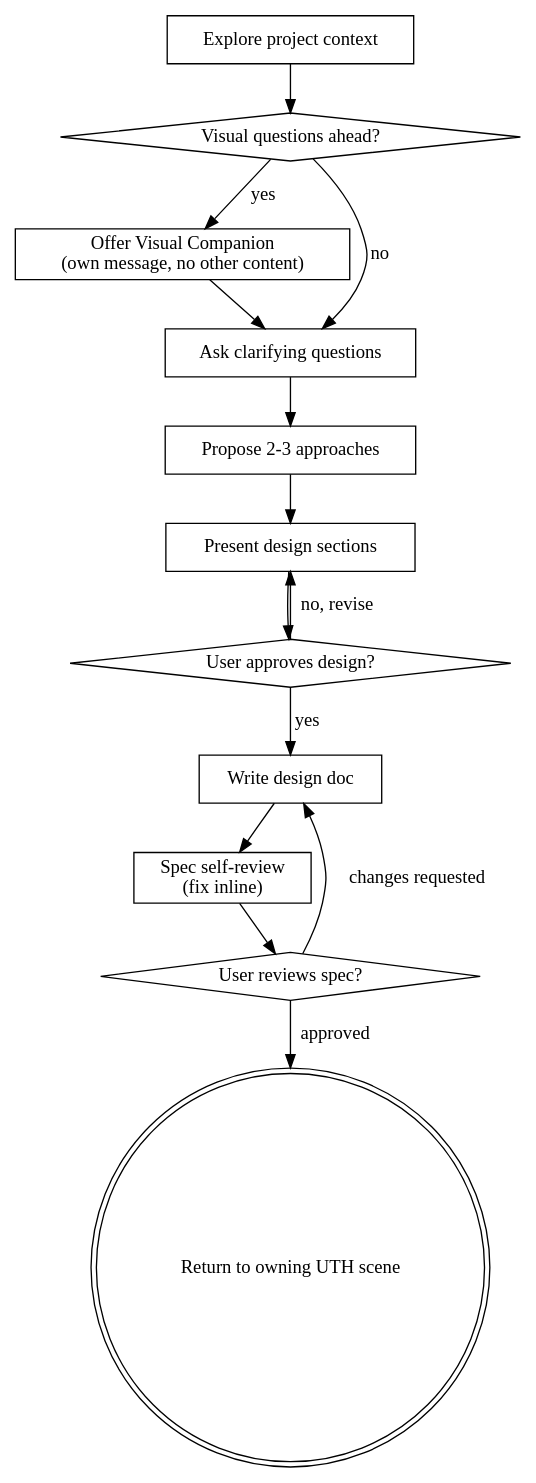
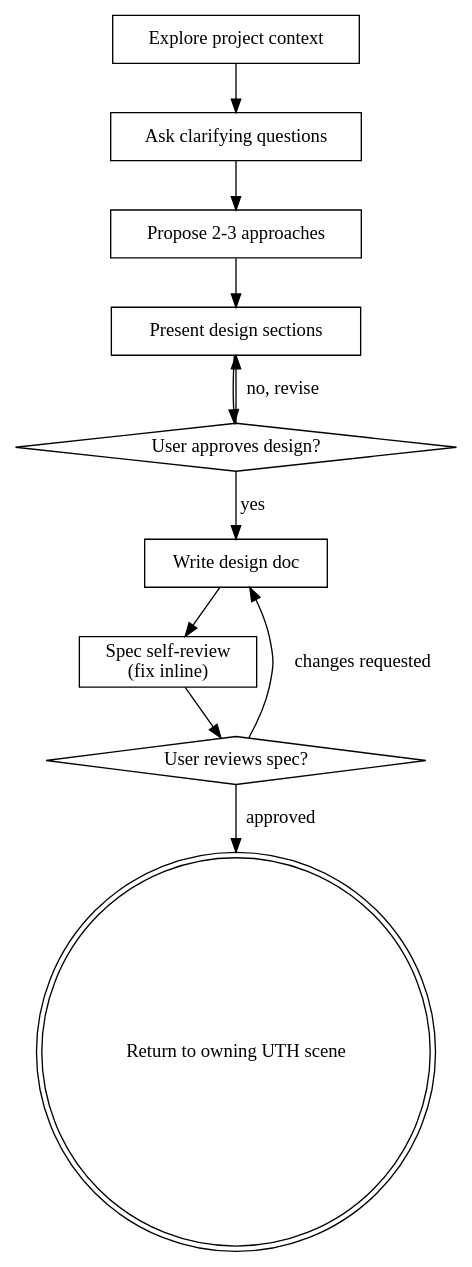
The diagram in skills/uth-sp-brainstorming/SKILL.md (undertaker33/uth-governance), drawn with Graphviz before and after one commit. The commit also changed other lines of this file and 28 other files, not shown here.

````diff
--- a/skills/uth-sp-brainstorming/SKILL.md
+++ b/skills/uth-sp-brainstorming/SKILL.md
@@ -47,29 +47,24 @@
 ```dot
 digraph brainstorming {
     "Explore project context" [shape=box];
-    "Visual questions ahead?" [shape=diamond];
-    "Offer Visual Companion\n(own message, no other content)" [shape=box];
     "Ask clarifying questions" [shape=box];
     "Propose 2-3 approaches" [shape=box];
     "Present design sections" [shape=box];
     "User approves design?" [shape=diamond];
     "Write design doc" [shape=box];
     "Spec self-review\n(fix inline)" [shape=box];
     "User reviews spec?" [shape=diamond];
     "Return to owning UTH scene" [shape=doublecircle];
 
-    "Explore project context" -> "Visual questions ahead?";
-    "Visual questions ahead?" -> "Offer Visual Companion\n(own message, no other content)" [label="yes"];
-    "Visual questions ahead?" -> "Ask clarifying questions" [label="no"];
-    "Offer Visual Companion\n(own message, no other content)" -> "Ask clarifying questions";
+    "Explore project context" -> "Ask clarifying questions";
     "Ask clarifying questions" -> "Propose 2-3 approaches";
     "Propose 2-3 approaches" -> "Present design sections";
     "Present design sections" -> "User approves design?";
     "User approves design?" -> "Present design sections" [label="no, revise"];
     "User approves design?" -> "Write design doc" [label="yes"];
     "Write design doc" -> "Spec self-review\n(fix inline)";
     "Spec self-review\n(fix inline)" -> "User reviews spec?";
     "User reviews spec?" -> "Write design doc" [label="changes requested"];
     "User reviews spec?" -> "Return to owning UTH scene" [label="approved"];
 }
 ```
````
